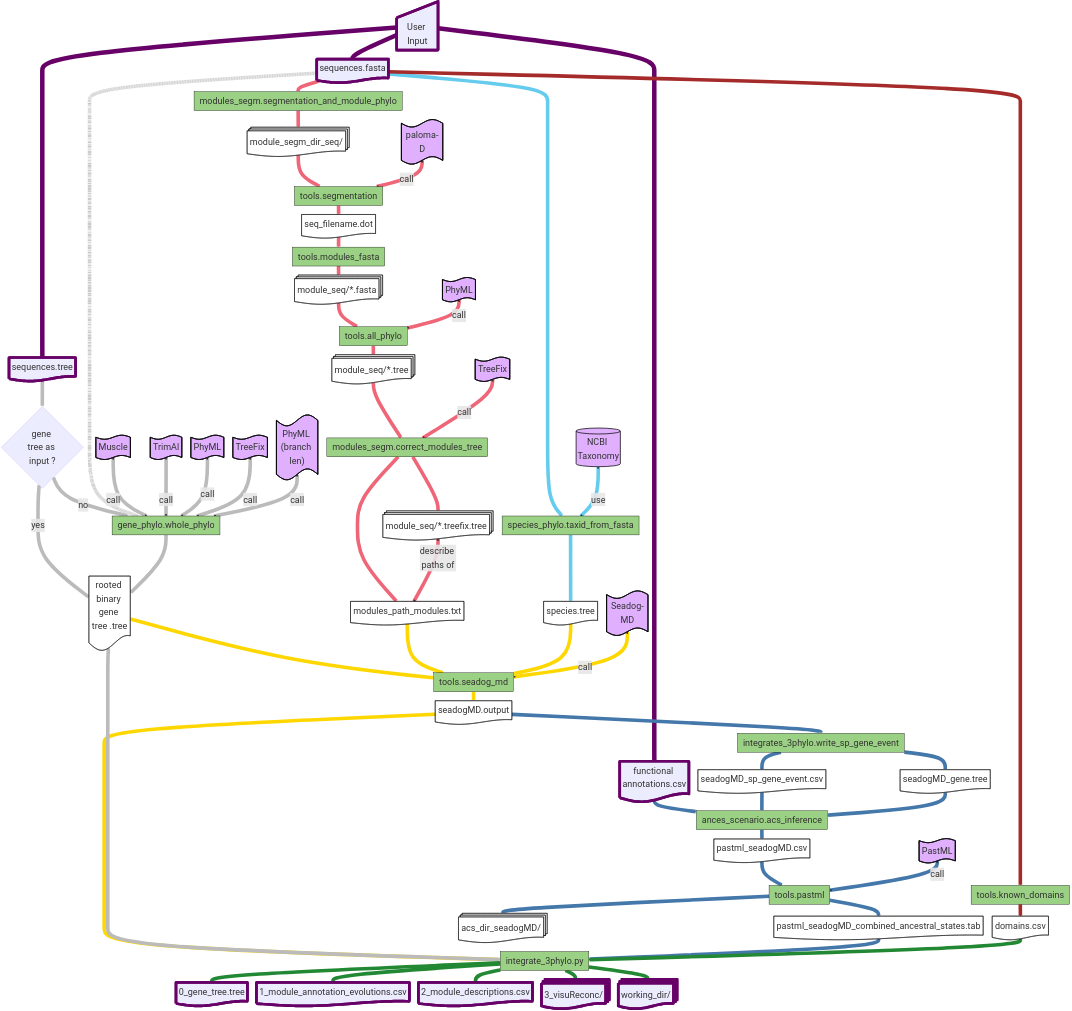
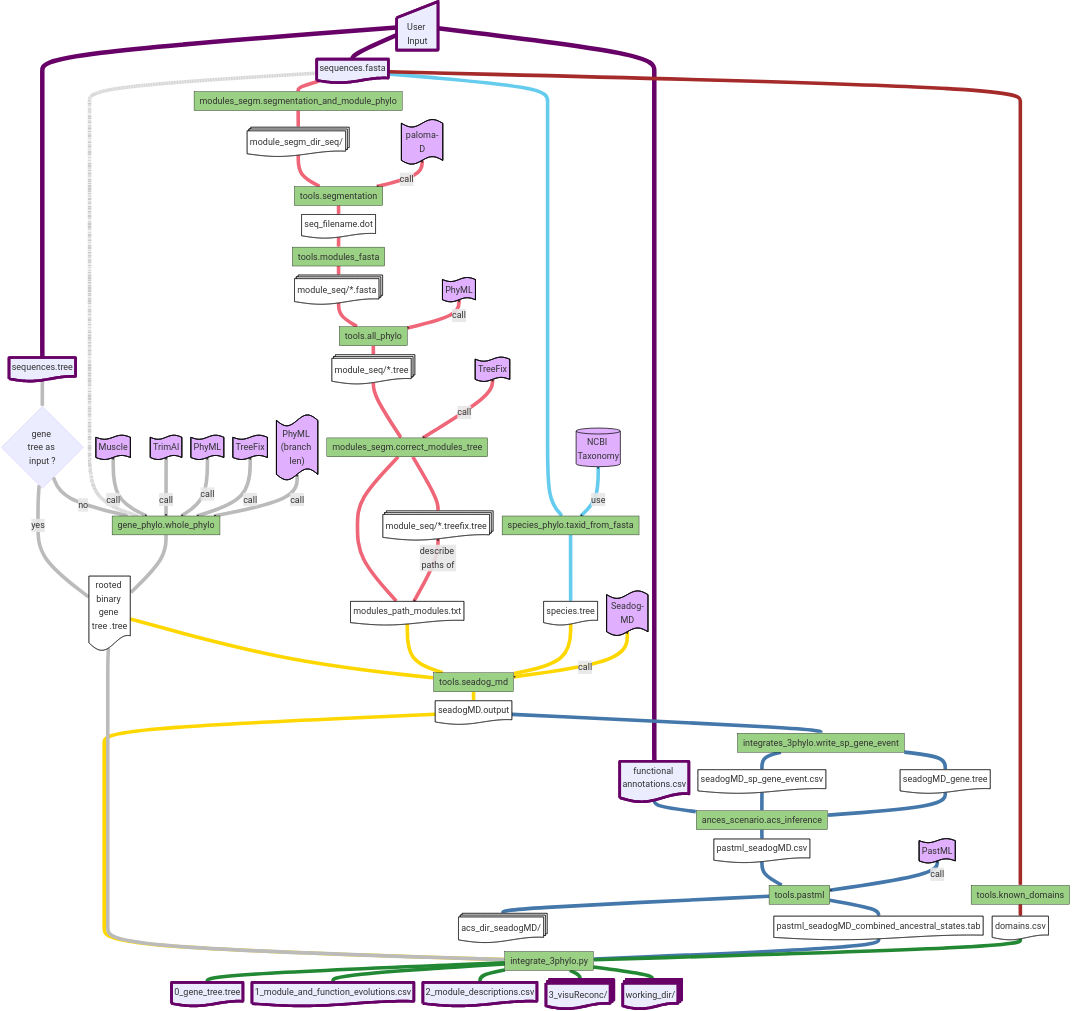
Before and after one commit to OcMalde/fuse-phylotree: the first of 2 diagrams in README.md, drawn with Mermaid. The commit also changed other lines of this file, not shown here.

```diff
--- a/README.md
+++ b/README.md
@@ -90,7 +90,7 @@
 d2 --> i1
 
 i1 --> i2@{ shape: doc, label: "0_gene_tree.tree" }
-i1 --> i3@{ shape: doc, label: "1_module_annotation_evolutions.csv" }
+i1 --> i3@{ shape: doc, label: "1_module_and_function_evolutions.csv" }
 i1 --> i4@{ shape: doc, label: "2_module_descriptions.csv" }
 i1 --> i5@{ shape: docs, label: "3_visuReconc/" }
 i1 --> i6@{ shape: docs, label: "working_dir/" }
```
